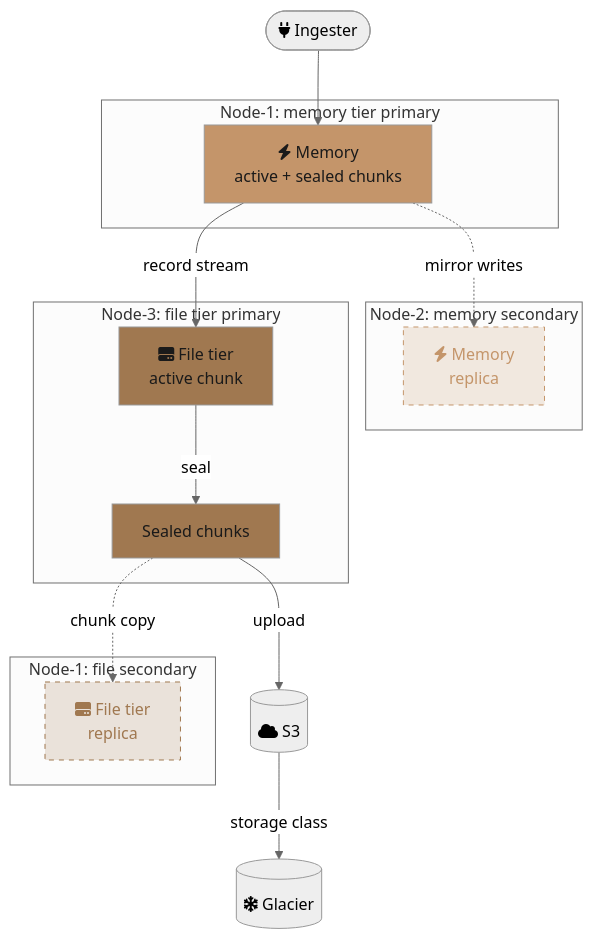
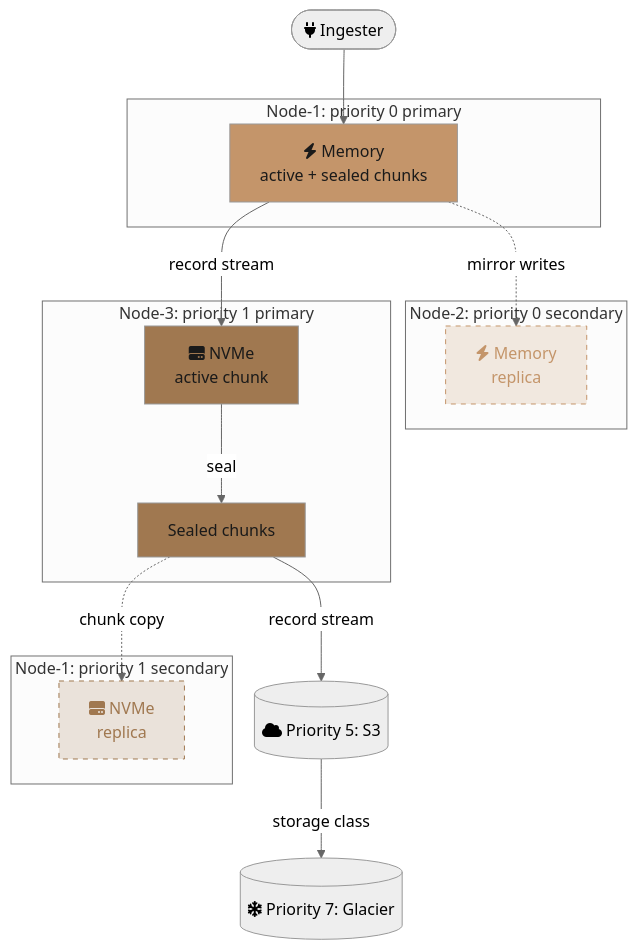
One commit to kluzzebass/gastrolog changed the third of 5 diagrams in docs/vision.md. Above: the diagram before and after it, drawn with Mermaid (neutral theme). The commit also changed other lines of this file, not shown here.

First line of the commit message:
docs: align vision with storage priority model

````diff
--- a/docs/vision.md
+++ b/docs/vision.md
@@ -171,32 +186,32 @@
 ```mermaid
 flowchart TB
-    I([fa:fa-plug Ingester]) --> M1
+    I([fa:fa-plug Ingester]) --> P0
 
-    subgraph node1mem [Node-1: memory tier primary]
-        M1[fa:fa-bolt Memory<br/>active + sealed chunks]
+    subgraph node1p0 [Node-1: priority 0 primary]
+        P0[fa:fa-bolt Memory<br/>active + sealed chunks]
     end
 
-    subgraph node2mem [Node-2: memory secondary]
-        M2[fa:fa-bolt Memory<br/>replica]
+    subgraph node2p0 [Node-2: priority 0 secondary]
+        P0R[fa:fa-bolt Memory<br/>replica]
     end
 
-    subgraph node3file [Node-3: file tier primary]
-        F3[fa:fa-hard-drive File tier<br/>active chunk] -->|seal| FS3[Sealed chunks]
+    subgraph node3p1 [Node-3: priority 1 primary]
+        P1[fa:fa-hard-drive NVMe<br/>active chunk] -->|seal| P1S[Sealed chunks]
     end
 
-    subgraph node1file [Node-1: file secondary]
-        F1[fa:fa-hard-drive File tier<br/>replica]
+    subgraph node1p1 [Node-1: priority 1 secondary]
+        P1R[fa:fa-hard-drive NVMe<br/>replica]
     end
 
-    M1 -.->|mirror writes| M2
-    M1 -->|record stream| F3
-    FS3 -->|upload| S3[(fa:fa-cloud S3)]
-    FS3 -.->|chunk copy| F1
-    S3 -->|storage class| ARC[(fa:fa-snowflake Glacier)]
+    P0 -.->|mirror writes| P0R
+    P0 -->|record stream| P1
+    P1S -->|record stream| P5[(fa:fa-cloud Priority 5: S3)]
+    P1S -.->|chunk copy| P1R
+    P5 -->|storage class| P7[(fa:fa-snowflake Priority 7: Glacier)]
 
-    style M1 fill:#c4956a,color:#1a1a1a
-    style F3 fill:#a07850,color:#1a1a1a
-    style FS3 fill:#a07850,color:#1a1a1a
-    style M2 fill:#c4956a33,color:#c4956a,stroke:#c4956a,stroke-dasharray:5
-    style F1 fill:#a0785033,color:#a07850,stroke:#a07850,stroke-dasharray:5
+    style P0 fill:#c4956a,color:#1a1a1a
+    style P1 fill:#a07850,color:#1a1a1a
+    style P1S fill:#a07850,color:#1a1a1a
+    style P0R fill:#c4956a33,color:#c4956a,stroke:#c4956a,stroke-dasharray:5
+    style P1R fill:#a0785033,color:#a07850,stroke:#a07850,stroke-dasharray:5
 ```
````
